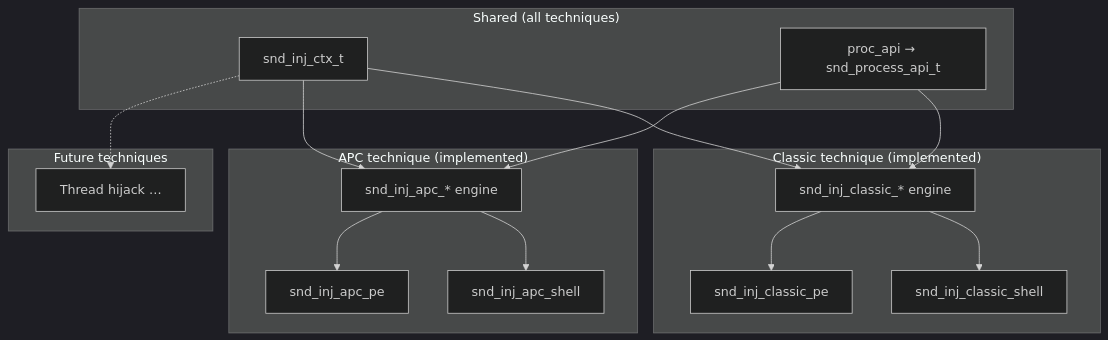
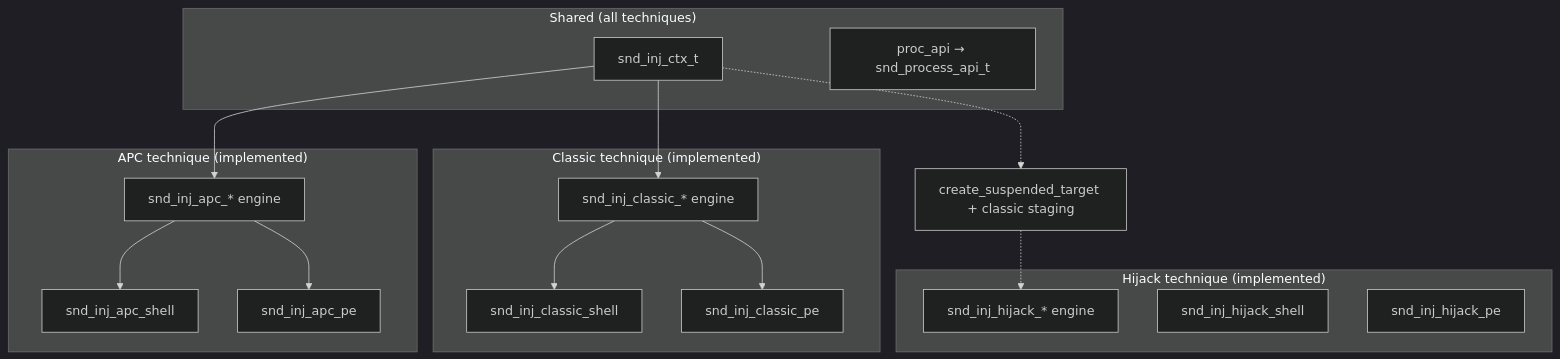
Before and after one commit to youssefnoob003/SindriKit: the diagram in docs/injection/internals.md, drawn with Mermaid (dark theme). The commit also changed other lines of this file and 71 other files, not shown here.

````diff
--- a/docs/injection/internals.md
+++ b/docs/injection/internals.md
@@ -11,33 +11,34 @@
 ```mermaid
 flowchart TB
     subgraph shared ["Shared (all techniques)"]
         CTX["snd_inj_ctx_t"]
         PROC["proc_api → snd_process_api_t"]
     end
 
     subgraph classic ["Classic technique (implemented)"]
         ENG["snd_inj_classic_* engine"]
         SH["snd_inj_classic_shell"]
         PE["snd_inj_classic_pe"]
     end
 
-    subgraph future ["Future techniques"]
-        HIJ["Thread hijack …"]
+    subgraph hijack ["Hijack technique (implemented)"]
+        HIJ["snd_inj_hijack_* engine"]
+        HSH["snd_inj_hijack_shell"]
+        HPE["snd_inj_hijack_pe"]
     end
 
     subgraph apc ["APC technique (implemented)"]
         AENG["snd_inj_apc_* engine"]
         ASH["snd_inj_apc_shell"]
         APE["snd_inj_apc_pe"]
     end
 
     CTX --> ENG
     ENG --> SH
     ENG --> PE
     CTX --> AENG
     AENG --> ASH
     AENG --> APE
-    CTX -.-> HIJ
-    PROC --> ENG
-    PROC --> AENG
+    CTX -.-> SHARED["create_suspended_target + classic staging"]
+    SHARED -.-> HIJ
 ```
````
